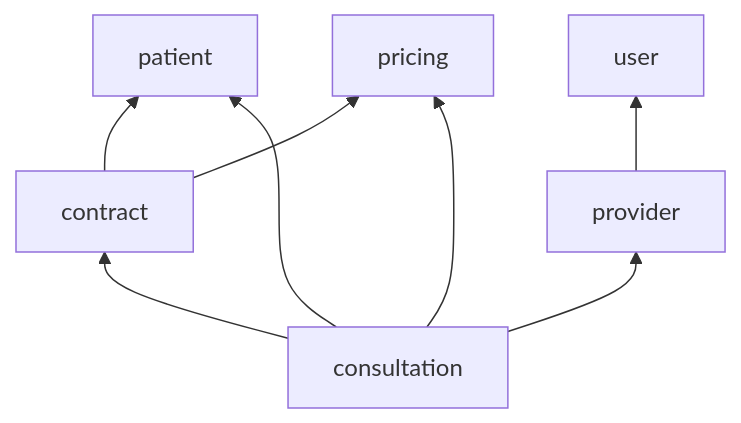
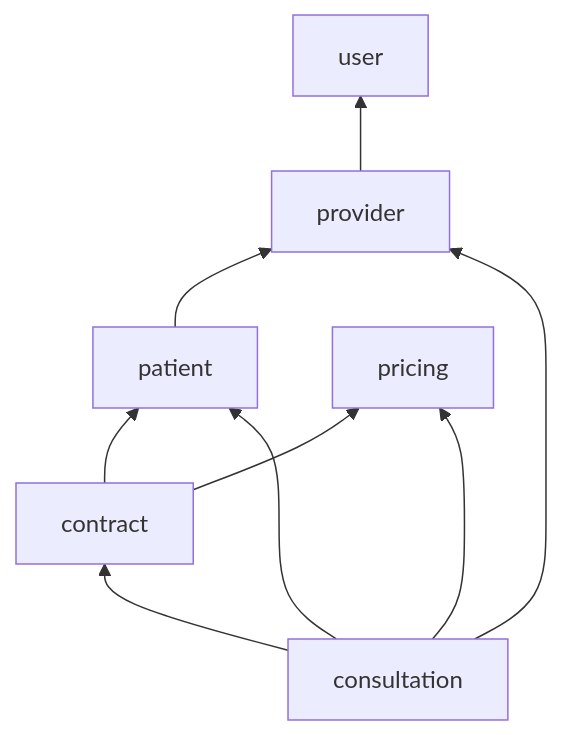
Before and after one commit to 1k2s/sublime-app: the diagram in README.md, drawn with Mermaid. The commit also changed other lines of this file and 49 other files, not shown here.

````diff
--- a/README.md
+++ b/README.md
@@ -35,17 +35,18 @@
 ```mermaid
 graph BT
   patient[patient]
   pricing[pricing]
   user[user]
   contract[contract]
   provider[provider]
   consultation[consultation]
 
   contract --> patient
   contract --> pricing
+  patient --> provider
   provider --> user
   consultation --> patient
   consultation --> contract
   consultation --> provider
   consultation --> pricing
 ```
````
